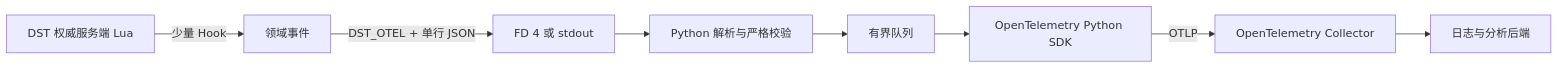
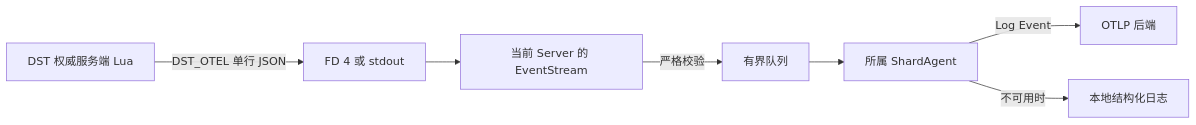
Before and after one commit to LetsStarveTogether/dst-server: the diagram in docs/opentelemetry-game-events.md, drawn with Mermaid. The commit also changed other lines of this file and 7 other files, not shown here.

Commit message:
docs: align guides with the master-controller architecture

````diff
--- a/docs/opentelemetry-game-events.md
+++ b/docs/opentelemetry-game-events.md
@@ -17,10 +16,9 @@
 ```mermaid
 flowchart LR
-    A[DST 权威服务端 Lua] -->|少量 Hook| B[领域事件]
-    B -->|DST_OTEL + 单行 JSON| C[FD 4 或 stdout]
-    C --> D[Python 解析与严格校验]
-    D --> E[有界队列]
-    E --> F[OpenTelemetry Python SDK]
-    F -->|OTLP| G[OpenTelemetry Collector]
-    G --> H[日志与分析后端]
+    Lua[DST 权威服务端 Lua] -->|DST_OTEL 单行 JSON| Input[FD 4 或 stdout]
+    Input --> Stream[当前 Server 的 EventStream]
+    Stream -->|严格校验| Queue[有界队列]
+    Queue --> Agent[所属 ShardAgent]
+    Agent -->|Log Event| OTLP[OTLP 后端]
+    Agent -->|不可用时| Local[本地结构化日志]
 ```
````
